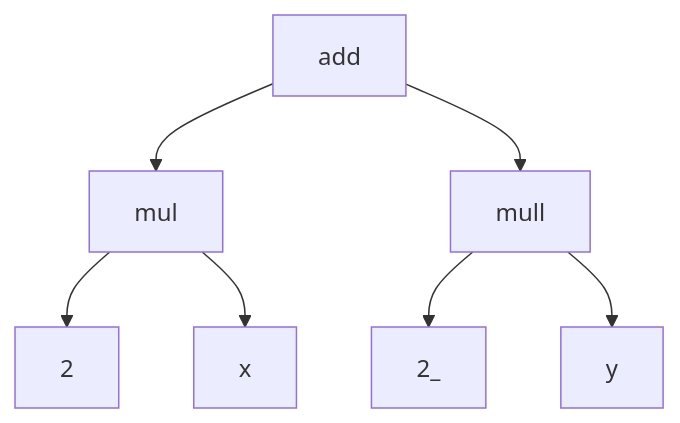
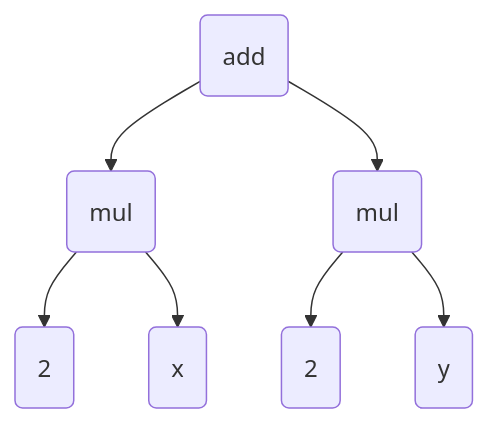
Before and after one commit to pengvyn/kavpix-code: the ninth of 35 diagrams in src/essays/number-tree/essay.md, drawn with Mermaid. The commit also changed other lines of this file and 1 other file, not shown here.

````diff
--- a/src/essays/number-tree/essay.md
+++ b/src/essays/number-tree/essay.md
@@ -87,9 +89,9 @@
 ```mermaid
     graph TD;
-        add --> mul;
-        add --> mull;
-        mul --> 2;
-        mul --> x;
-        mull --> 2_;
-        mull --> y;
+        add(add) --> mul(mul);
+        add --> mul2(mul);
+        mul --> 2(2);
+        mul --> x(x);
+        mul2 --> 2_2(2);
+        mul2 --> y(y);
 ```
````
